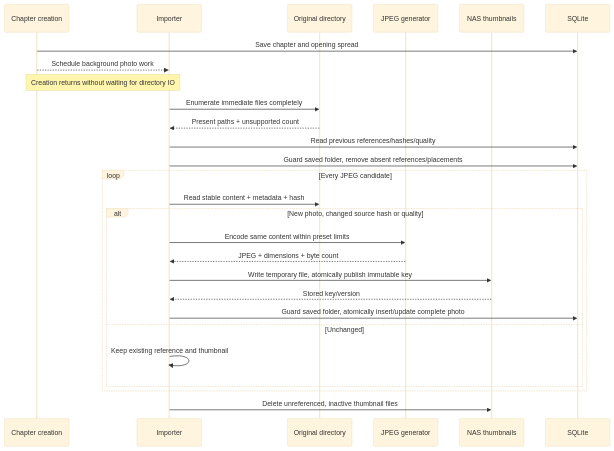
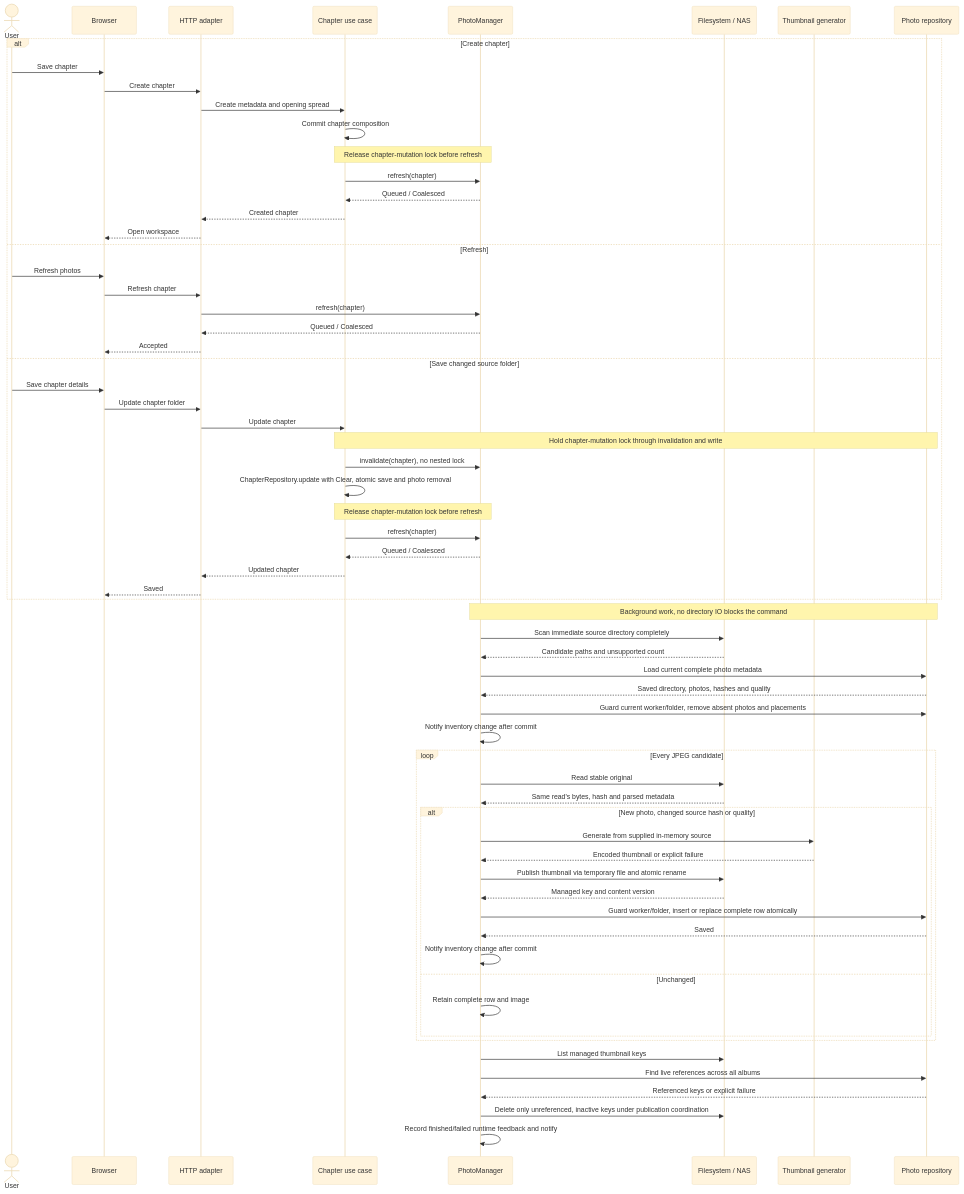
The first of 2 diagrams in specs/changes/chapter-photo-import/proposal.md (Shepherd-s-Den/photography), drawn with Mermaid (base theme) before and after one commit. The commit also changed other lines of this file and 5 other files, not shown here.

````diff
--- a/specs/changes/chapter-photo-import/proposal.md
+++ b/specs/changes/chapter-photo-import/proposal.md
@@ -177,29 +71,67 @@
 ```mermaid
 sequenceDiagram
-  participant C as Chapter creation
-  participant I as Importer
-  participant S as Original directory
-  participant G as JPEG generator
-  participant N as NAS thumbnails
-  participant D as SQLite
-  C->>D: Save chapter and opening spread
-  C-->>I: Schedule background photo work
-  Note over C,I: Creation returns without waiting for directory IO
-  I->>S: Enumerate immediate files completely
-  S-->>I: Present paths + unsupported count
-  I->>D: Read previous references/hashes/quality
-  I->>D: Guard saved folder, remove absent references/placements
+  actor U as User
+  participant B as Browser
+  participant H as HTTP adapter
+  participant C as Chapter use case
+  participant M as PhotoManager
+  participant F as Filesystem / NAS
+  participant G as Thumbnail generator
+  participant R as Photo repository
+  alt Create chapter
+    U->>B: Save chapter
+    B->>H: Create chapter
+    H->>C: Create metadata and opening spread
+    C->>C: Commit chapter composition
+    Note over C,M: Release chapter-mutation lock before refresh
+    C->>M: refresh(chapter)
+    M-->>C: Queued / Coalesced
+    C-->>H: Created chapter
+    H-->>B: Open workspace
+  else Refresh
+    U->>B: Refresh photos
+    B->>H: Refresh chapter
+    H->>M: refresh(chapter)
+    M-->>H: Queued / Coalesced
+    H-->>B: Accepted
+  else Save changed source folder
+    U->>B: Save chapter details
+    B->>H: Update chapter folder
+    H->>C: Update chapter
+    Note over C,R: Hold chapter-mutation lock through invalidation and write
+    C->>M: invalidate(chapter), no nested lock
+    C->>C: ChapterRepository.update with Clear, atomic save and photo removal
+    Note over C,M: Release chapter-mutation lock before refresh
+    C->>M: refresh(chapter)
+    M-->>C: Queued / Coalesced
+    C-->>H: Updated chapter
+    H-->>B: Saved
+  end
+  Note over M,R: Background work, no directory IO blocks the command
+  M->>F: Scan immediate source directory completely
+  F-->>M: Candidate paths and unsupported count
+  M->>R: Load current complete photo metadata
+  R-->>M: Saved directory, photos, hashes and quality
+  M->>R: Guard current worker/folder, remove absent photos and placements
+  M->>M: Notify inventory change after commit
   loop Every JPEG candidate
-    I->>S: Read stable content + metadata + hash
+    M->>F: Read stable original
+    F-->>M: Same read's bytes, hash and parsed metadata
     alt New photo, changed source hash or quality
-      I->>G: Encode same content within preset limits
-      G-->>I: JPEG + dimensions + byte count
-      I->>N: Write temporary file, atomically publish immutable key
-      N-->>I: Stored key/version
-      I->>D: Guard saved folder, atomically insert/update complete photo
+      M->>G: Generate from supplied in-memory source
+      G-->>M: Encoded thumbnail or explicit failure
+      M->>F: Publish thumbnail via temporary file and atomic rename
+      F-->>M: Managed key and content version
+      M->>R: Guard worker/folder, insert or replace complete row atomically
+      R-->>M: Saved
+      M->>M: Notify inventory change after commit
     else Unchanged
-      I->>I: Keep existing reference and thumbnail
+      M->>M: Retain complete row and image
     end
   end
-  I->>N: Delete unreferenced, inactive thumbnail files
+  M->>F: List managed thumbnail keys
+  M->>R: Find live references across all albums
+  R-->>M: Referenced keys or explicit failure
+  M->>F: Delete only unreferenced, inactive keys under publication coordination
+  M->>M: Record finished/failed runtime feedback and notify
 ```
````
